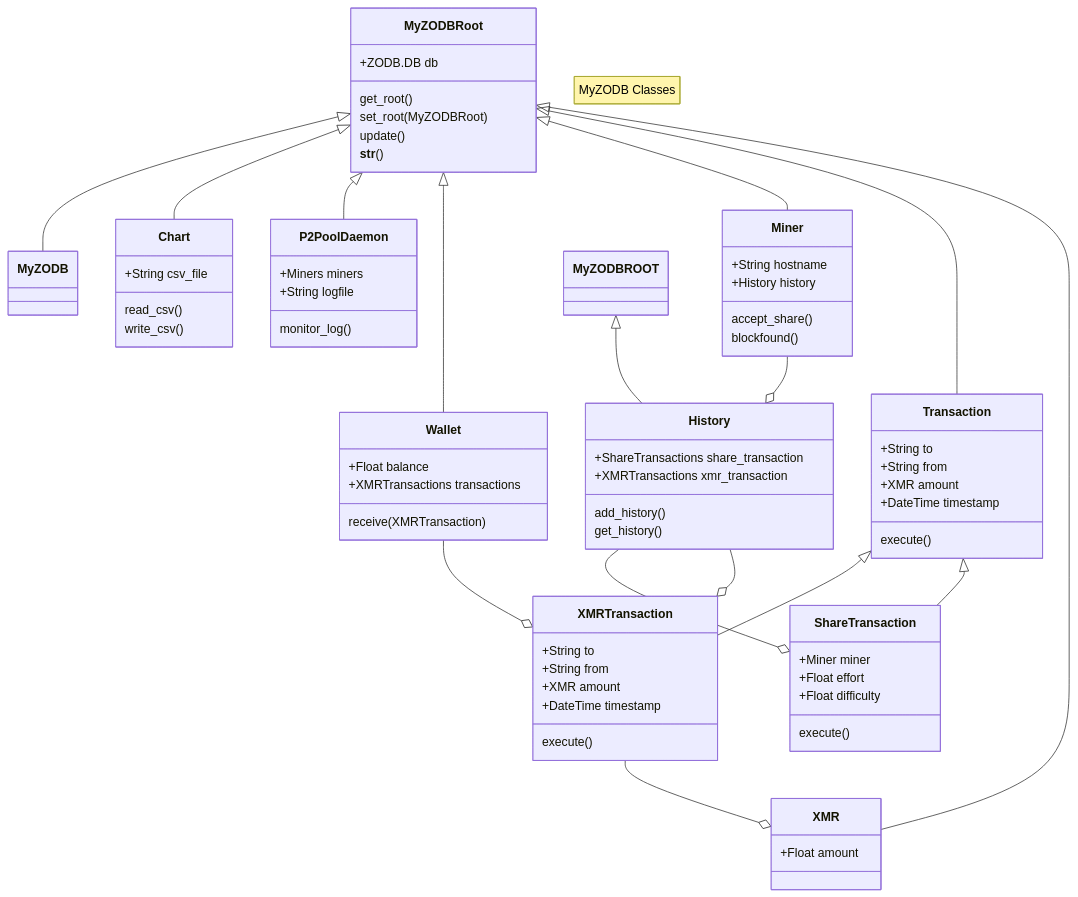
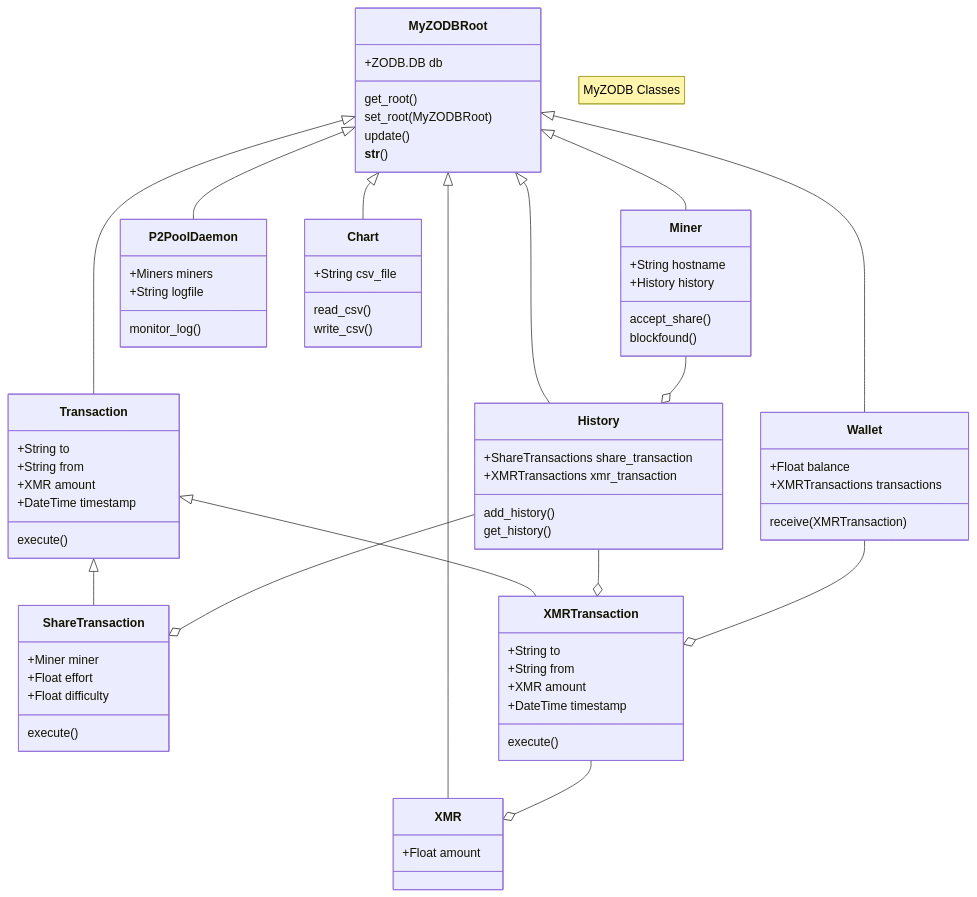
Before and after one commit to NadimGhaznavi/myzodb: the diagram in _posts/2024-06-02-Class-Hierarchy.md, drawn with Mermaid.

```diff
--- a/_posts/2024-06-02-Class-Hierarchy.md
+++ b/_posts/2024-06-02-Class-Hierarchy.md
@@ -8,77 +8,76 @@
 <pre class="mermaid">
   classDiagram
   note "MyZODB Classes"
   MyZODBRoot <|-- XMR
   MyZODBRoot <|-- Transaction
   Transaction <|-- ShareTransaction
   Transaction <|-- XMRTransaction
   MyZODBRoot <|-- Miner
   MyZODBRoot <|-- Wallet
   MyZODBRoot <|-- P2PoolDaemon
   MyZODBRoot <|-- Chart
-  MyZODBRoot <|-- MyZODB
-  MyZODBROOT <|-- History
+  MyZODBRoot <|-- History
   Miner --o History
   History --o XMRTransaction
   History --o ShareTransaction
   XMRTransaction --o XMR
   Wallet --o XMRTransaction
 
   class Chart{
     +String csv_file
     read_csv()
     write_csv()
   }
   class History{
     +ShareTransactions share_transaction
     +XMRTransactions xmr_transaction
     add_history()
     get_history()
   }
   class Miner{
     +String hostname
     +History history
     accept_share()
     blockfound()
   }
   class MyZODBRoot{
     +ZODB.DB db
     get_root()
     set_root(MyZODBRoot)
     update()
     __str__()
   }
   class P2PoolDaemon{
     +Miners miners
     +String logfile
     monitor_log()
   }
   class ShareTransaction{
     +Miner miner
     +Float effort
     +Float difficulty
     execute()
   }
   class Transaction{
     +String to
     +String from
     +XMR amount
     +DateTime timestamp
     execute()
   }
   class Wallet{
     +Float balance
     +XMRTransactions transactions
     receive(XMRTransaction)
   }
   class XMR{
     +Float amount
   }
   class XMRTransaction{
     +String to
     +String from
     +XMR amount
     +DateTime timestamp
     execute()
   }
 </pre>
```
